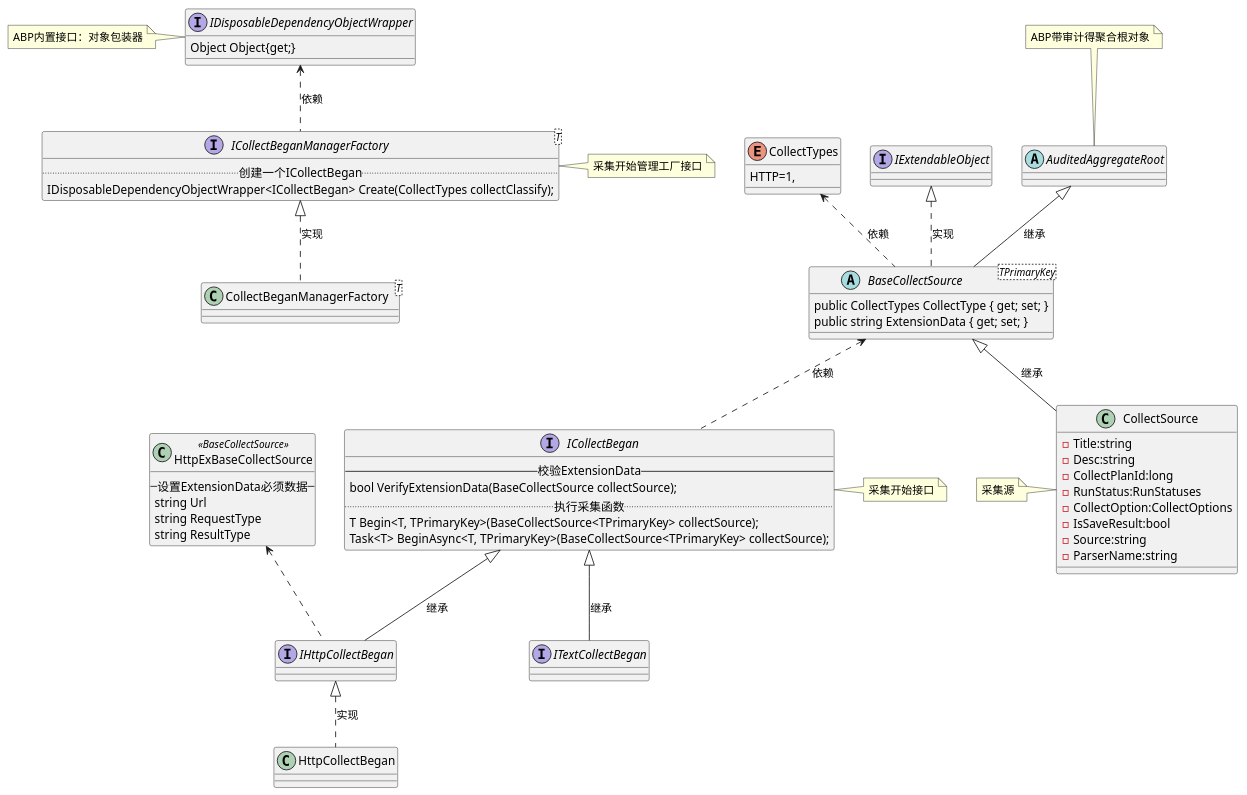
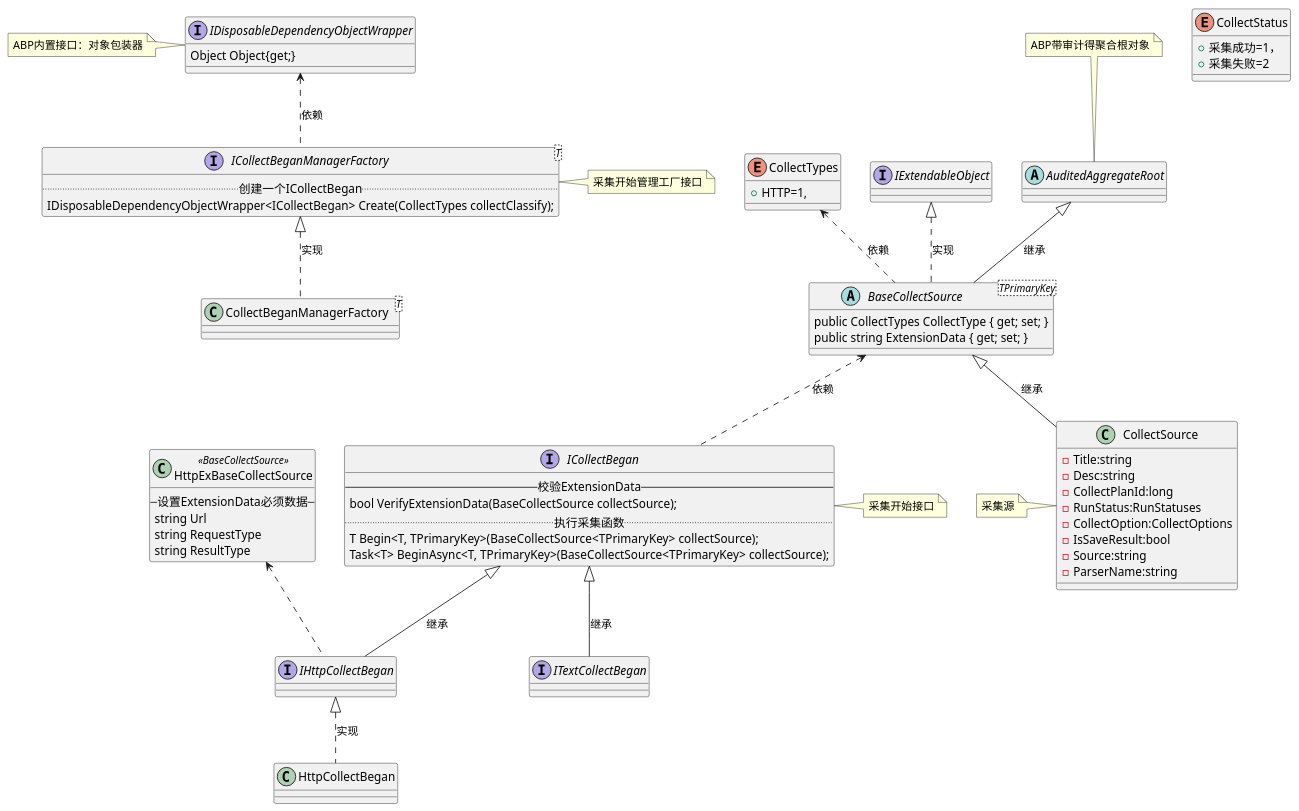
Before and after one commit to mainxx/mainxx.github.io: the first of 3 diagrams in _drafts/CQSSC/Collect设计.md, drawn with PlantUML. The commit also changed other lines of this file and 3 other files, not shown here.

````diff
--- a/_drafts/CQSSC/Collect设计.md
+++ b/_drafts/CQSSC/Collect设计.md
@@ -30,7 +30,7 @@
 note right:采集开始接口
 
 enum CollectTypes{
-    HTTP=1,
+    + HTTP=1,
 }
 
 abstract class BaseCollectSource<TPrimaryKey>{
@@ -81,5 +81,10 @@
 
 BaseCollectSource <|-- CollectSource : 继承
 
+enum CollectStatus{
+    + 采集成功=1，
+    + 采集失败=2
+}
+
 @enduml
 ```
````
